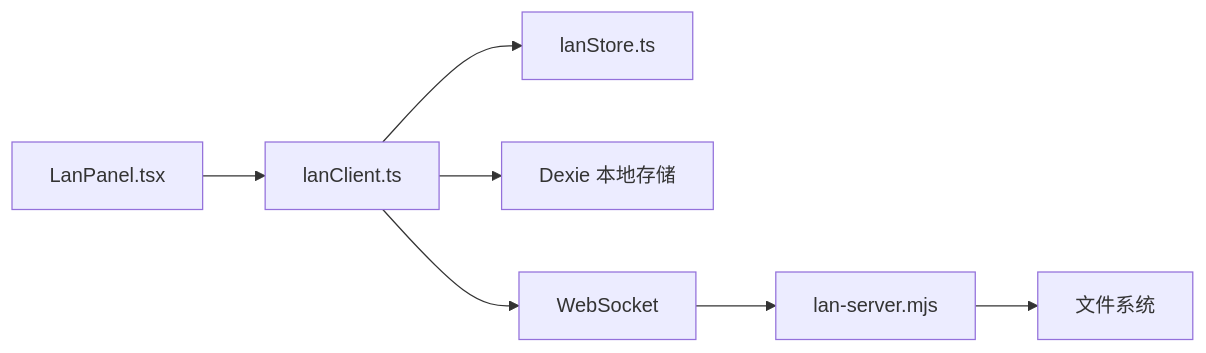
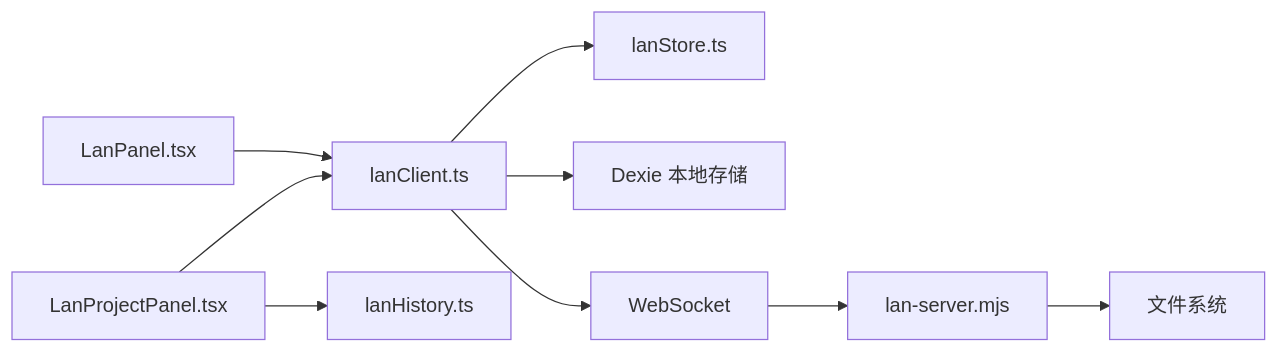
The eighth of 8 diagrams in .qoder/repowiki/zh/content/项目概述/核心功能/协作同步系统/局域网协作.md (suqi-bot/SuQCanvas), drawn with Mermaid before and after one commit. The commit also changed other lines of this file and 93 other files, not shown here.

````diff
--- a/.qoder/repowiki/zh/content/项目概述/核心功能/协作同步系统/局域网协作.md
+++ b/.qoder/repowiki/zh/content/项目概述/核心功能/协作同步系统/局域网协作.md
@@ -269,9 +339,11 @@
 ```mermaid
 graph LR
 LanPanel["LanPanel.tsx"] --> LanClient["lanClient.ts"]
+LanProjectPanel["LanProjectPanel.tsx"] --> LanClient
+LanProjectPanel --> LanHistory["lanHistory.ts"]
 LanClient --> LanStore["lanStore.ts"]
 LanClient --> DB["Dexie 本地存储"]
 LanClient --> WS["WebSocket"]
 WS --> Server["lan-server.mjs"]
 Server --> FS["文件系统"]
 ```
````
